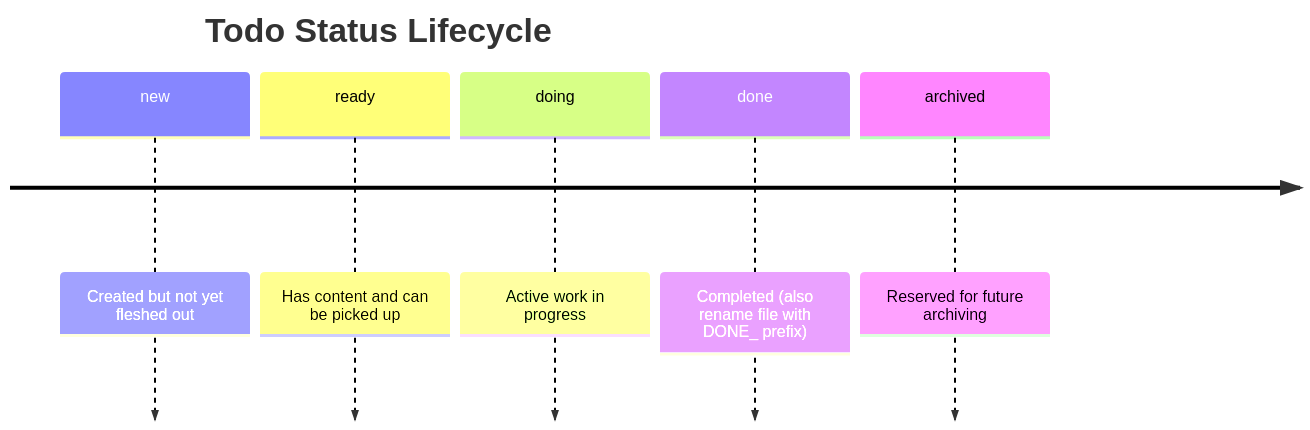
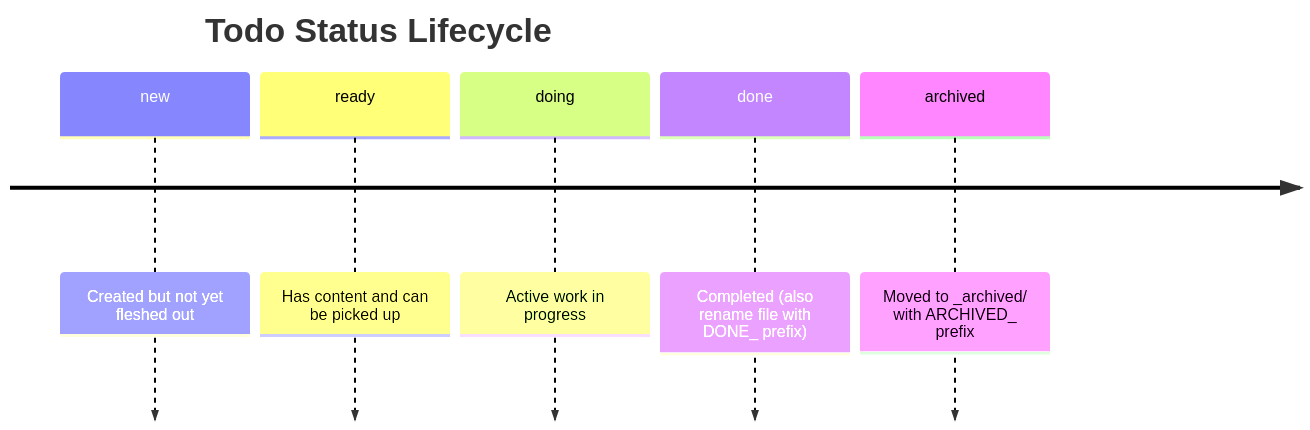
The diagram in docs/plugins/agent-todos.md (erich3000/ji-agent-skills), drawn with Mermaid before and after one commit. The commit also changed other lines of this file and 9 other files, not shown here.

````diff
--- a/docs/plugins/agent-todos.md
+++ b/docs/plugins/agent-todos.md
@@ -83,9 +85,9 @@
 ```mermaid
 timeline
   title Todo Status Lifecycle
   new : Created but not yet fleshed out
   ready : Has content and can be picked up
   doing : Active work in progress
   done : Completed (also rename file with DONE_ prefix)
-  archived : Reserved for future archiving
+  archived : Moved to _archived/ with ARCHIVED_ prefix
 ```
````
